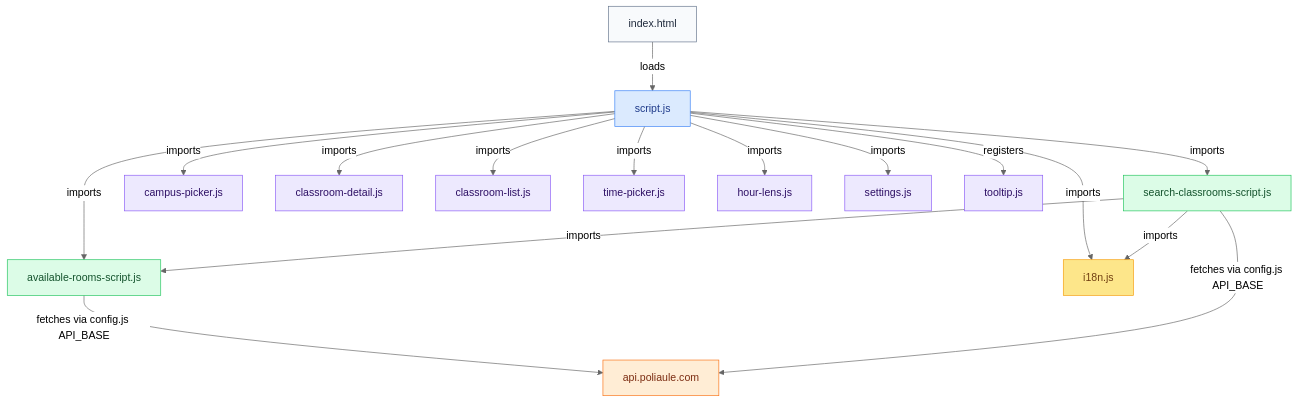
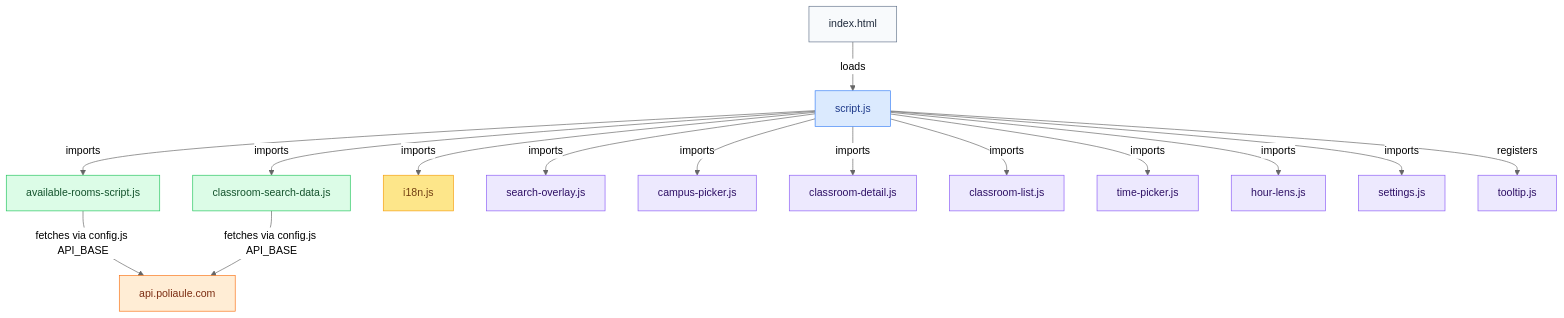
The third of 4 diagrams in docs/architecture.md (SummaCristian/PoliAule), drawn with Mermaid (neutral theme) before and after one commit. The commit also changed other lines of this file and 4 other files, not shown here.

````diff
--- a/docs/architecture.md
+++ b/docs/architecture.md
@@ -188,40 +188,40 @@
 ```mermaid
 graph TD
     classDef entry fill:#f8fafc,stroke:#64748b,color:#1e293b
     classDef shell fill:#dbeafe,stroke:#3b82f6,color:#1e3a8a
     classDef data fill:#dcfce7,stroke:#22c55e,color:#14532d
     classDef i18n fill:#fde68a,stroke:#f59e0b,color:#713f12
     classDef component fill:#ede9fe,stroke:#8b5cf6,color:#2e1065
     classDef store fill:#f1f5f9,stroke:#475569,color:#0f172a
     classDef cf fill:#ffedd5,stroke:#f97316,color:#7c2d12
 
     IH["index.html"]:::entry
     SC["script.js"]:::shell
     ARS["available-rooms-script.js"]:::data
-    SCS["search-classrooms-script.js"]:::data
+    SCS["classroom-search-data.js"]:::data
     I18N["i18n.js"]:::i18n
 
+    SO["search-overlay.js"]:::component
     CP["campus-picker.js"]:::component
     CD["classroom-detail.js"]:::component
     CL["classroom-list.js"]:::component
     TP["time-picker.js"]:::component
     HL["hour-lens.js"]:::component
     SET["settings.js"]:::component
     TT["tooltip.js"]:::component
 
     IH -->|loads| SC
     SC -->|imports| ARS
     SC -->|imports| SCS
+    SC -->|imports| SO
     SC -->|imports| I18N
     SC -->|imports| CP
     SC -->|imports| CD
     SC -->|imports| CL
     SC -->|imports| TP
     SC -->|imports| HL
     SC -->|imports| SET
     SC -->|registers| TT
-    SCS -->|imports| ARS
-    SCS -->|imports| I18N
     ARS -->|fetches via config.js API_BASE| API["api.poliaule.com"]:::cf
     SCS -->|fetches via config.js API_BASE| API
 ```
````
